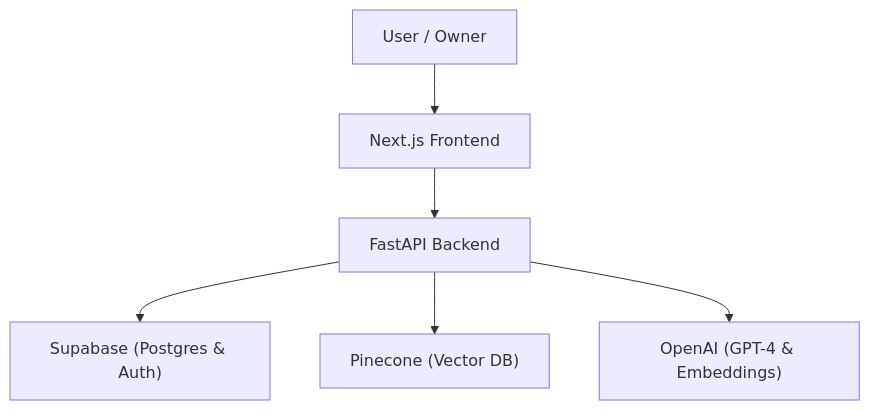
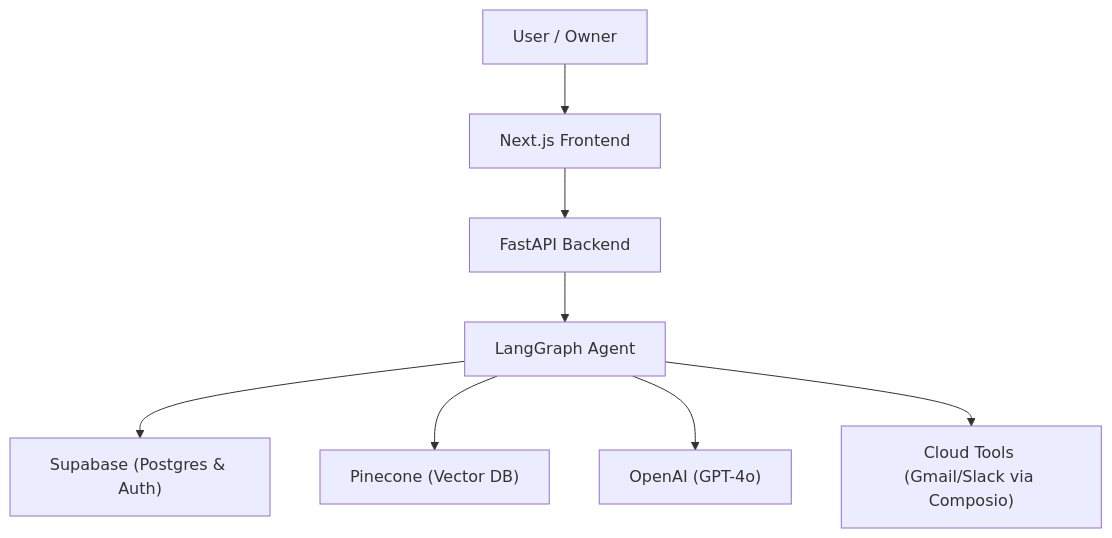
Before and after one commit to snsettitech/verified-digital-twin-brain: the diagram in README.md, drawn with Mermaid. The commit also changed other lines of this file and 27 other files, not shown here.

````diff
--- a/README.md
+++ b/README.md
@@ -7,8 +9,10 @@
 ```mermaid
 graph TD
-  U["User / Owner"] --> FE["Next.js Frontend"]
-  FE --> API["FastAPI Backend"]
-  API --> SB["Supabase (Postgres & Auth)"]
-  API --> PC["Pinecone (Vector DB)"]
-  API --> LLM["OpenAI (GPT-4 & Embeddings)"]
+    U["User / Owner"] --> FE["Next.js Frontend"]
+    FE --> API["FastAPI Backend"]
+    API --> AG["LangGraph Agent"]
+    AG --> SB["Supabase (Postgres & Auth)"]
+    AG --> PC["Pinecone (Vector DB)"]
+    AG --> LLM["OpenAI (GPT-4o)"]
+    AG --> TOOLS["Cloud Tools (Gmail/Slack via Composio)"]
 ```
````
